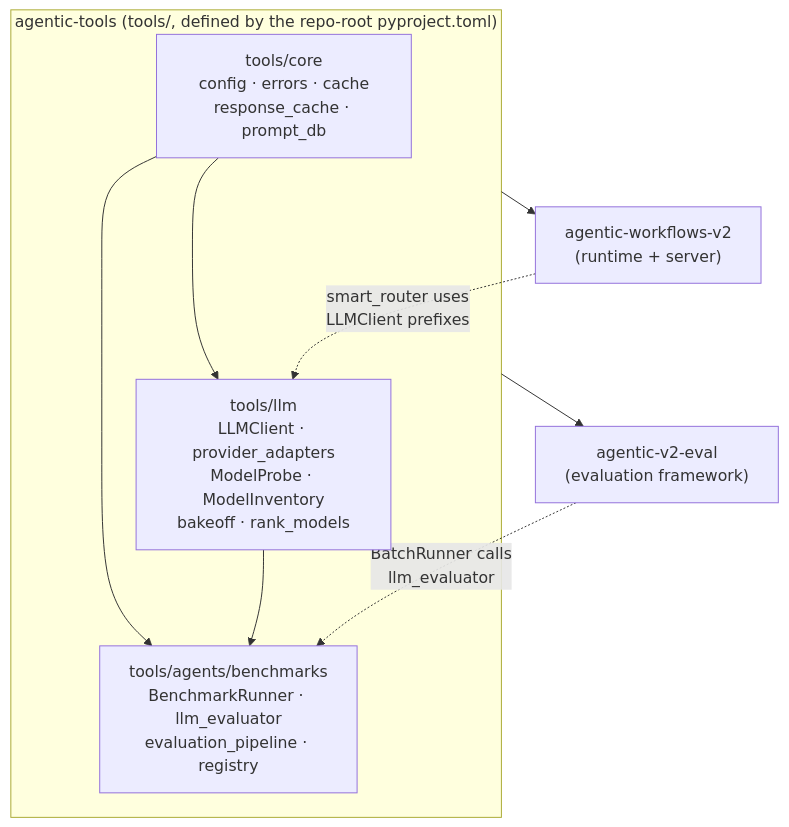
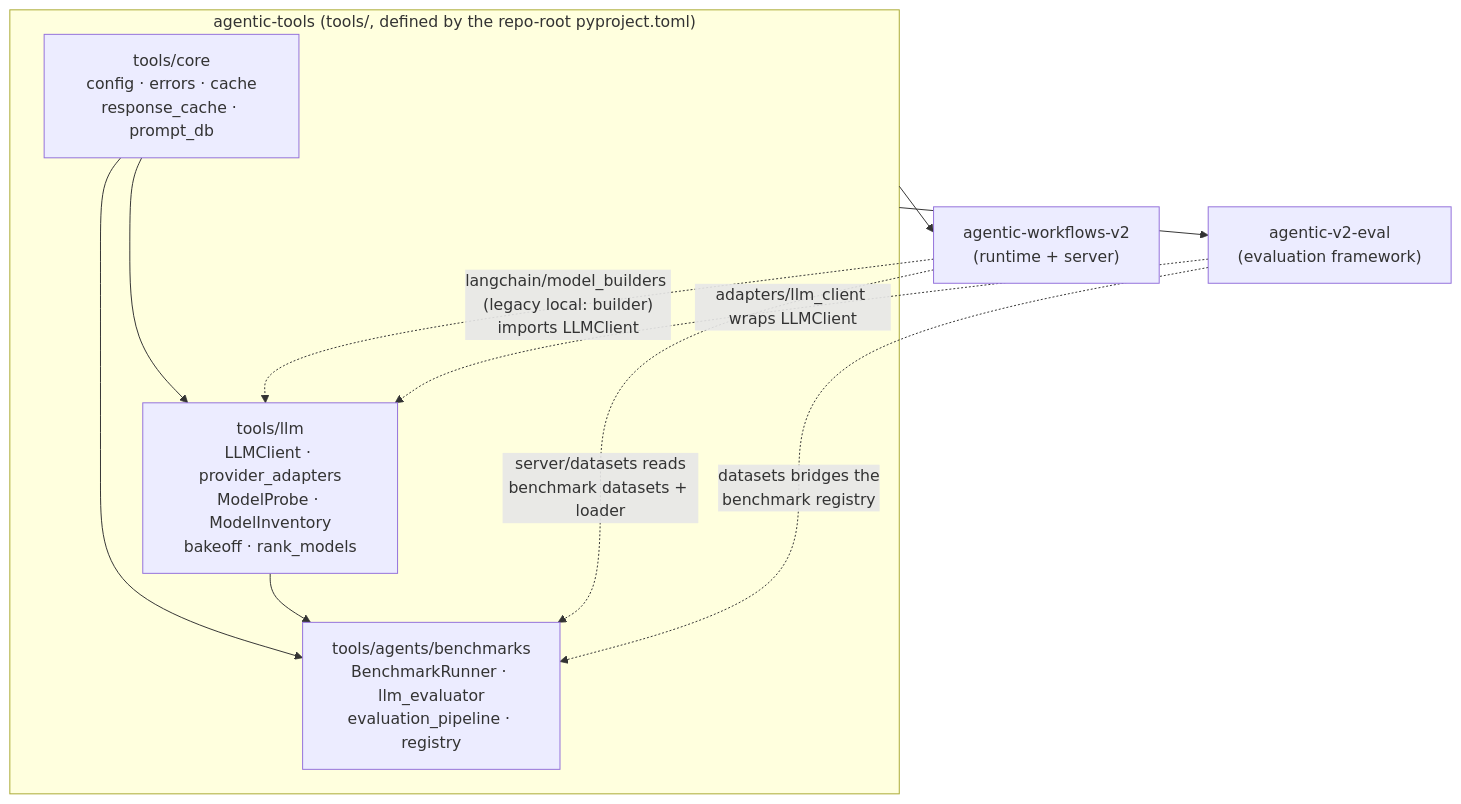
Before and after one commit to tafreeman/agentic-runtime-platform: the diagram in docs/architecture-tools.md, drawn with Mermaid. The commit also changed other lines of this file and 7 other files, not shown here.

First line of the commit message:
docs(architecture): align architecture pages with current code

````diff
--- a/docs/architecture-tools.md
+++ b/docs/architecture-tools.md
@@ -26,20 +26,22 @@
 ```mermaid
 graph TD
     subgraph workspace["agentic-tools (tools/, defined by the repo-root pyproject.toml)"]
         core["tools/core\nconfig · errors · cache\nresponse_cache · prompt_db"]
         llm["tools/llm\nLLMClient · provider_adapters\nModelProbe · ModelInventory\nbakeoff · rank_models"]
         bench["tools/agents/benchmarks\nBenchmarkRunner · llm_evaluator\nevaluation_pipeline · registry"]
         core --> llm
         core --> bench
         llm --> bench
     end
 
     awv2["agentic-workflows-v2\n(runtime + server)"]
     eval["agentic-v2-eval\n(evaluation framework)"]
 
     workspace --> awv2
     workspace --> eval
 
-    awv2 -.->|"smart_router uses\nLLMClient prefixes"| llm
-    eval -.->|"BatchRunner calls\nllm_evaluator"| bench
+    awv2 -.->|"langchain/model_builders (legacy local: builder)\nimports LLMClient"| llm
+    awv2 -.->|"server/datasets reads\nbenchmark datasets + loader"| bench
+    eval -.->|"adapters/llm_client wraps LLMClient"| llm
+    eval -.->|"datasets bridges the\nbenchmark registry"| bench
 ```
````
